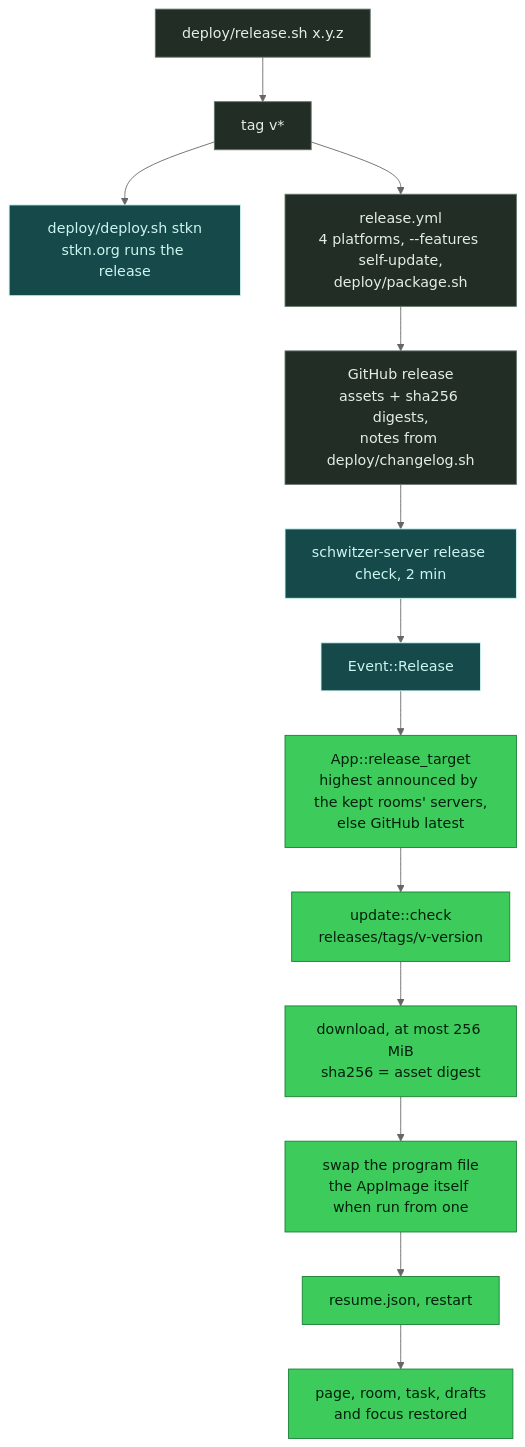
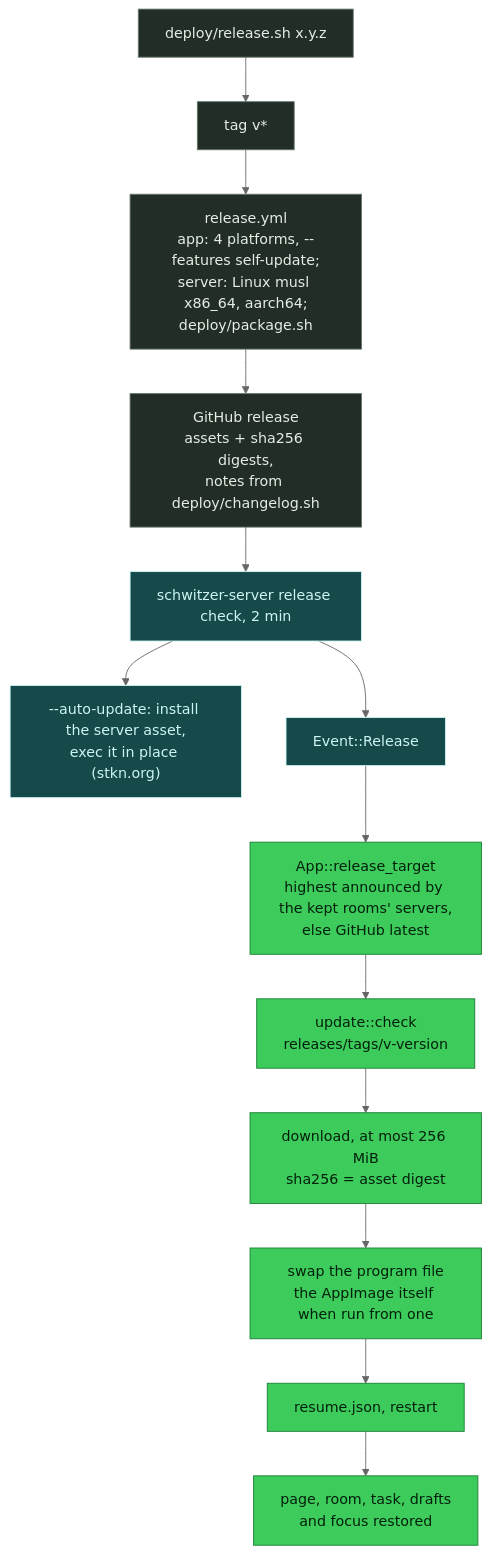
The eighth of 8 diagrams in docs/ARCHITECTURE.md (griasdi/schwitzer), drawn with Mermaid (neutral theme) before and after one commit. The commit also changed other lines of this file and 16 other files, not shown here.

First line of the commit message:
Publish the Linux server and let it update itself

````diff
--- a/docs/ARCHITECTURE.md
+++ b/docs/ARCHITECTURE.md
@@ -493,18 +495,18 @@
 ```mermaid
 flowchart TB
   classDef app fill:#3dcb5c,stroke:#1a7f35,color:#03200b
   classDef server fill:#16494a,stroke:#cdf5f2,color:#cdf5f2
   classDef ext fill:#222d26,stroke:#627568,color:#e4eee6
   rel["deploy/release.sh x.y.z"]:::ext --> tag["tag v*"]:::ext
-  tag --> stkn["deploy/deploy.sh stkn<br/>stkn.org runs the release"]:::server
-  tag --> yml["release.yml<br/>4 platforms, --features self-update,<br/>deploy/package.sh"]:::ext
+  tag --> yml["release.yml<br/>app: 4 platforms, --features self-update;<br/>server: Linux musl x86_64, aarch64;<br/>deploy/package.sh"]:::ext
   yml --> gh["GitHub release<br/>assets + sha256 digests,<br/>notes from deploy/changelog.sh"]:::ext
   gh --> check["schwitzer-server release check, 2 min"]:::server
+  check --> self["--auto-update: install the server asset,<br/>exec it in place (stkn.org)"]:::server
   check --> ev["Event::Release"]:::server
   ev --> target["App::release_target<br/>highest announced by the kept rooms' servers,<br/>else GitHub latest"]:::app
   target --> upd["update::check<br/>releases/tags/v-version"]:::app
   upd --> dl["download, at most 256 MiB<br/>sha256 = asset digest"]:::app
   dl --> swap["swap the program file<br/>the AppImage itself when run from one"]:::app
   swap --> resume["resume.json, restart"]:::app
   resume --> back["page, room, task, drafts<br/>and focus restored"]:::app
 ```
````
